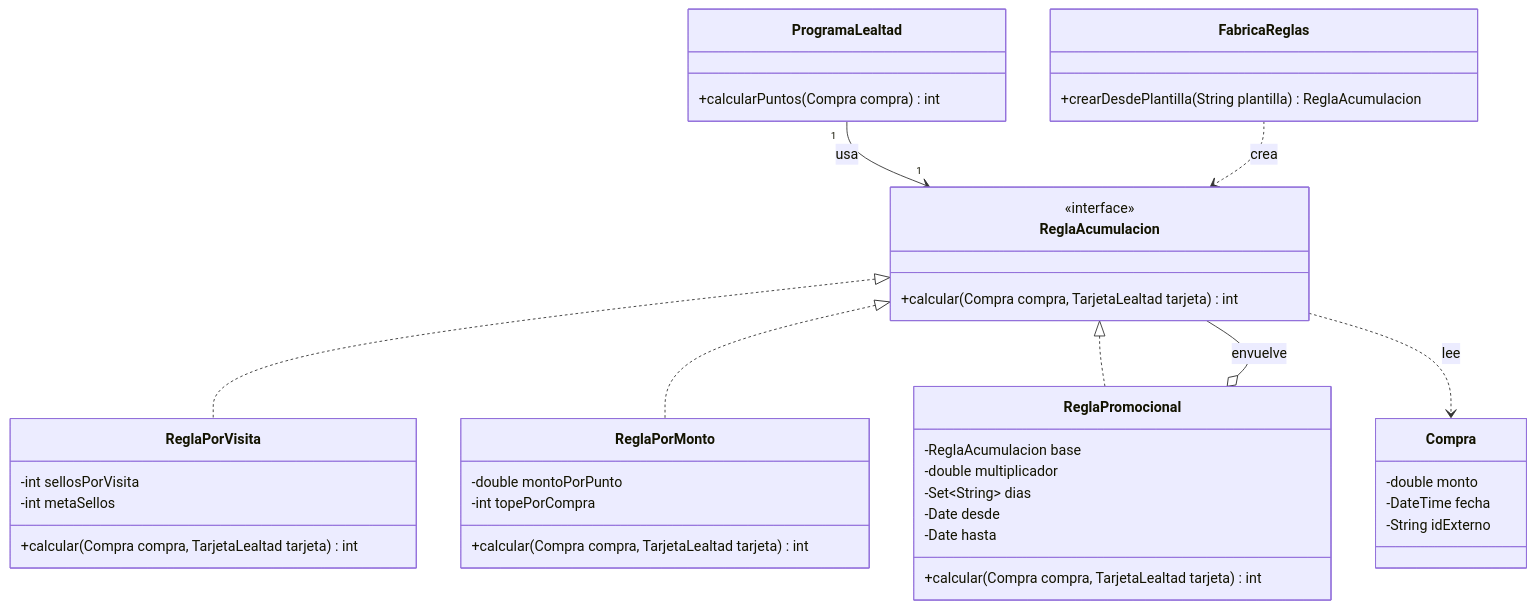
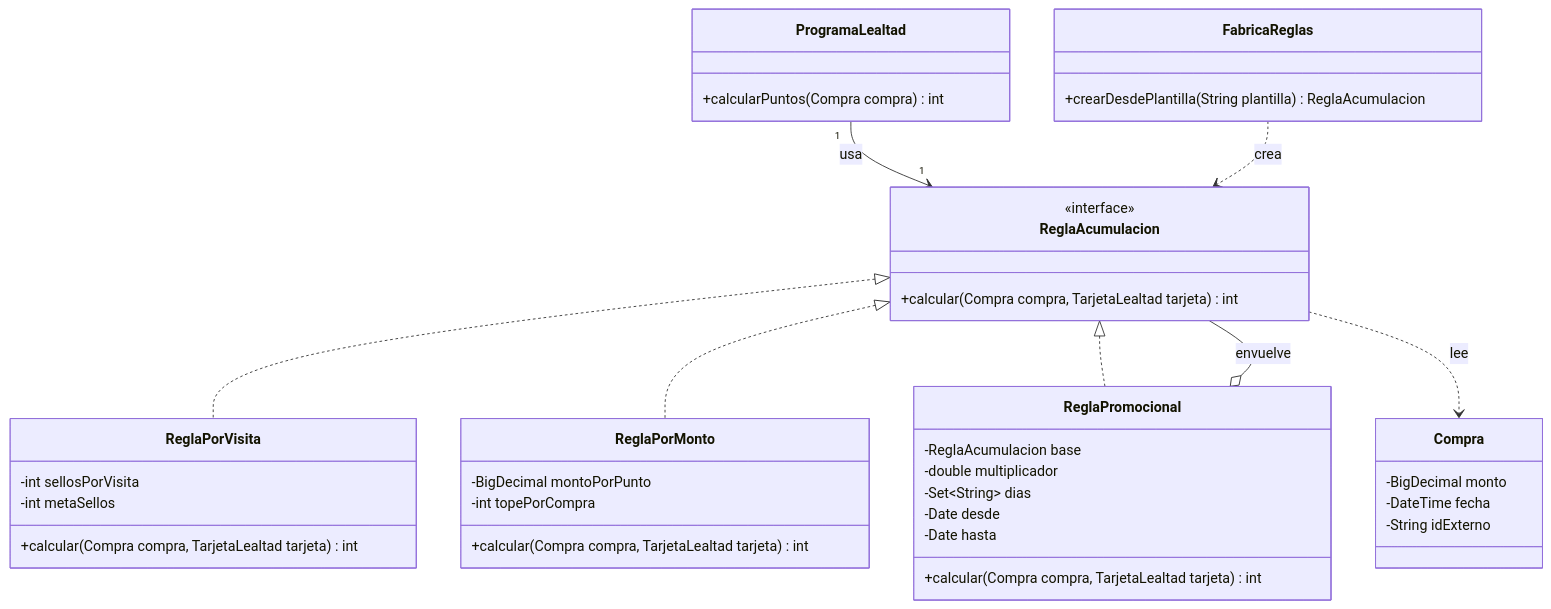
The fourth of 6 diagrams in docs/artefactos/diagramas de clases.md (Salazarbru/loyaltyaccess), drawn with Mermaid before and after one commit. The commit also changed other lines of this file and 3 other files, not shown here.

Commit message:
Se hacen cambios para que todo el proyecto tenga cohesion entre diagramas UML y requisitos

````diff
--- a/docs/artefactos/diagramas de clases.md
+++ b/docs/artefactos/diagramas de clases.md
@@ -201,44 +208,44 @@
 ```mermaid
 classDiagram
     class ProgramaLealtad {
         +calcularPuntos(Compra compra) int
     }
     class ReglaAcumulacion {
         <<interface>>
         +calcular(Compra compra, TarjetaLealtad tarjeta) int
     }
     class ReglaPorVisita {
         -int sellosPorVisita
         -int metaSellos
         +calcular(Compra compra, TarjetaLealtad tarjeta) int
     }
     class ReglaPorMonto {
-        -double montoPorPunto
+        -BigDecimal montoPorPunto
         -int topePorCompra
         +calcular(Compra compra, TarjetaLealtad tarjeta) int
     }
     class ReglaPromocional {
         -ReglaAcumulacion base
         -double multiplicador
         -Set~String~ dias
         -Date desde
         -Date hasta
         +calcular(Compra compra, TarjetaLealtad tarjeta) int
     }
     class FabricaReglas {
         +crearDesdePlantilla(String plantilla) ReglaAcumulacion
     }
     class Compra {
-        -double monto
+        -BigDecimal monto
         -DateTime fecha
         -String idExterno
     }
 
     ProgramaLealtad "1" --> "1" ReglaAcumulacion : usa
     ReglaAcumulacion <|.. ReglaPorVisita
     ReglaAcumulacion <|.. ReglaPorMonto
     ReglaAcumulacion <|.. ReglaPromocional
     ReglaPromocional o-- ReglaAcumulacion : envuelve
     FabricaReglas ..> ReglaAcumulacion : crea
     ReglaAcumulacion ..> Compra : lee
 ```
````
